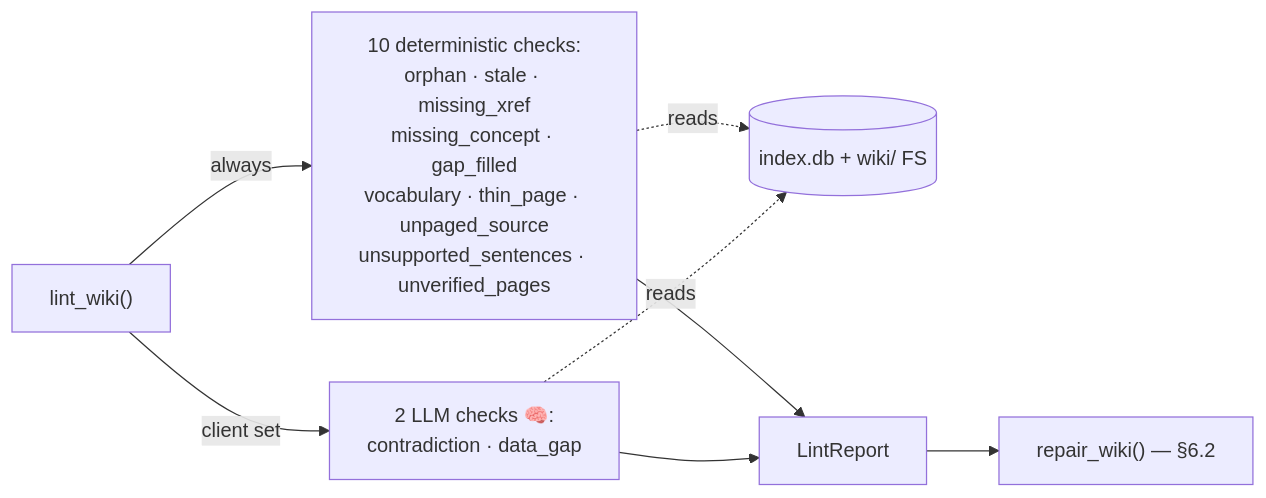
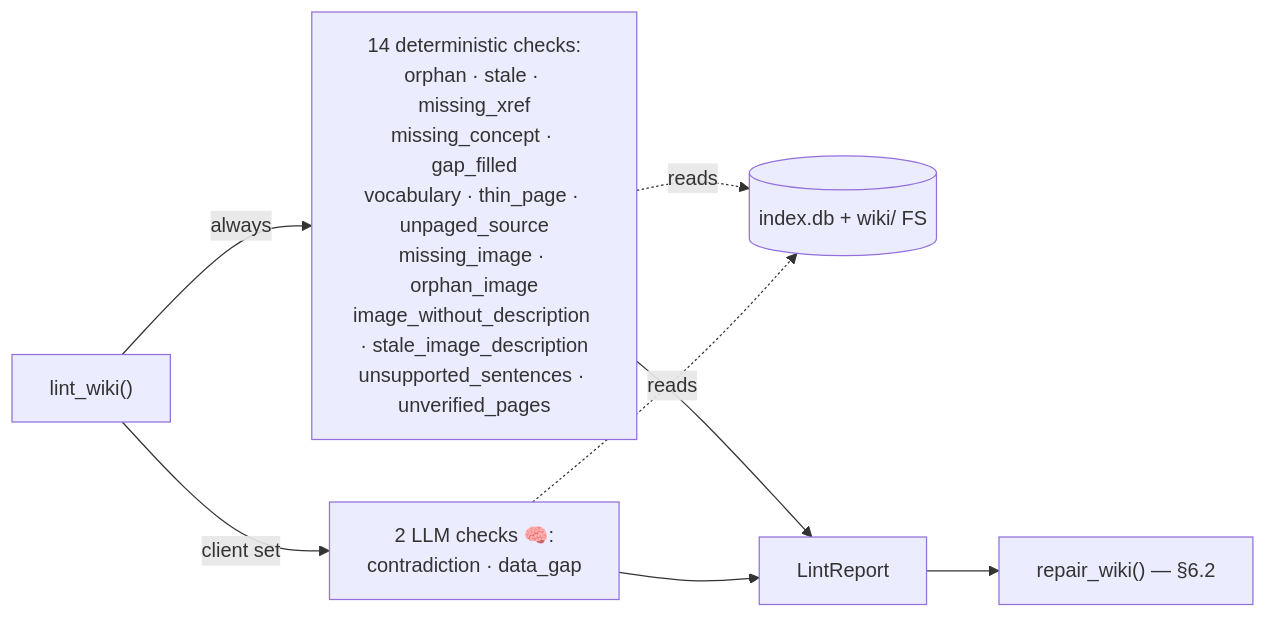
Before and after one commit to Clod/llmwiki-marimo: the diagram in docs/manual/workflows/6.1-lint.md, drawn with Mermaid. The commit also changed other lines of this file and 126 other files, not shown here.

First line of the commit message:
feat: figure check of chat answers, images of the sources (off by default) and OCR

````diff
--- a/docs/manual/workflows/6.1-lint.md
+++ b/docs/manual/workflows/6.1-lint.md
@@ -7,10 +7,10 @@
 ```mermaid
 flowchart LR
-    L["lint_wiki()"] -->|always| DET["10 deterministic checks:<br/>orphan · stale · missing_xref<br/>missing_concept · gap_filled<br/>vocabulary · thin_page · unpaged_source<br/>unsupported_sentences · unverified_pages"]
+    L["lint_wiki()"] -->|always| DET["14 deterministic checks:<br/>orphan · stale · missing_xref<br/>missing_concept · gap_filled<br/>vocabulary · thin_page · unpaged_source<br/>missing_image · orphan_image<br/>image_without_description · stale_image_description<br/>unsupported_sentences · unverified_pages"]
     L -->|client set| LLM["2 LLM checks 🧠:<br/>contradiction · data_gap"]
     DET -. reads .-> S[("index.db + wiki/ FS")]
     LLM -. reads .-> S
     DET --> RPT["LintReport"]
     LLM --> RPT
     RPT --> RW["repair_wiki() — §6.2"]
 ```
````
